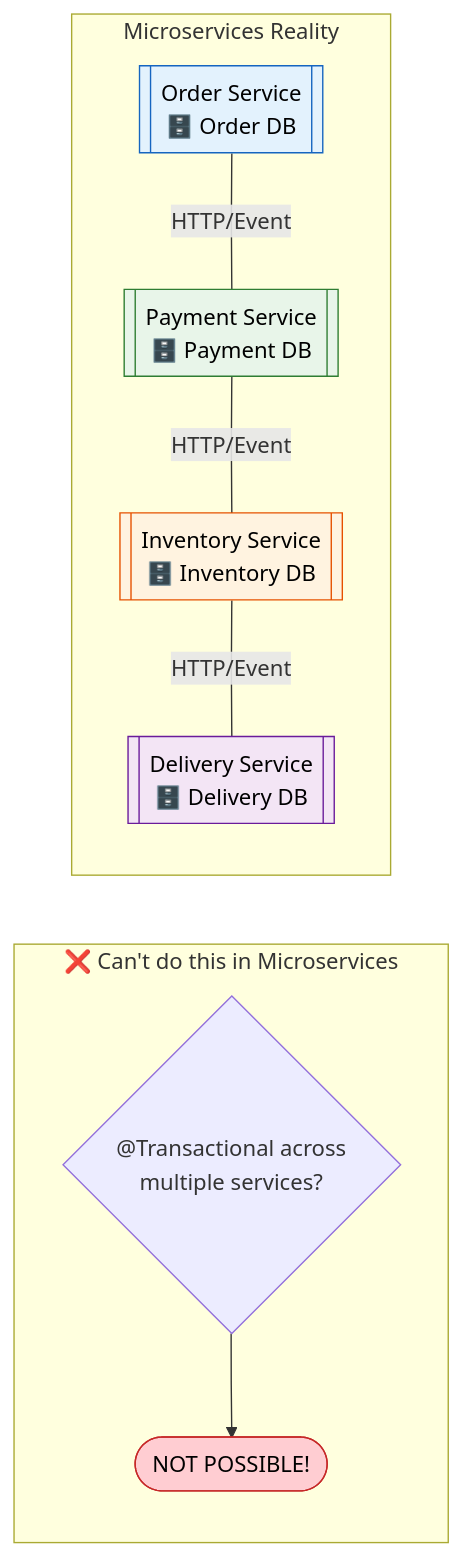
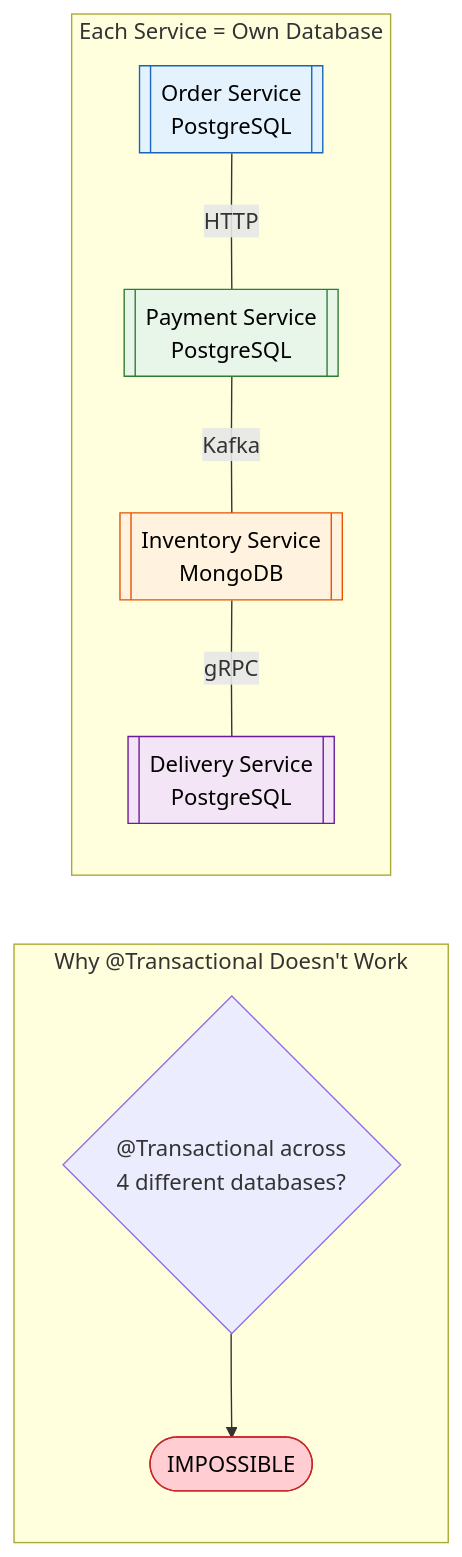
The second of 7 diagrams in docs/microservices/SagaDesignPattern.md (saivamsikaruturi/vamsilabs-dev-notes-main), drawn with Mermaid before and after one commit. The commit also changed other lines of this file and 21 other files, not shown here.

````diff
--- a/docs/microservices/SagaDesignPattern.md
+++ b/docs/microservices/SagaDesignPattern.md
@@ -46,18 +73,18 @@
 ```mermaid
 flowchart LR
-    subgraph Problem["❌ Can't do this in Microservices"]
-        T{"@Transactional across<br/>multiple services?"} --> X(["NOT POSSIBLE!"])
+    subgraph Problem["Why @Transactional Doesn't Work"]
+        T{"@Transactional across<br/>4 different databases?"} --> X(["IMPOSSIBLE"])
     end
     
-    subgraph MS["Microservices Reality"]
-        O[["Order Service<br/>🗄️ Order DB"]] ---|HTTP/Event| P[["Payment Service<br/>🗄️ Payment DB"]]
-        P ---|HTTP/Event| I[["Inventory Service<br/>🗄️ Inventory DB"]]
-        I ---|HTTP/Event| D[["Delivery Service<br/>🗄️ Delivery DB"]]
+    subgraph Reality["Each Service = Own Database"]
+        O[["Order Service<br/>PostgreSQL"]] ---|HTTP| P[["Payment Service<br/>PostgreSQL"]]
+        P ---|Kafka| I[["Inventory Service<br/>MongoDB"]]
+        I ---|gRPC| D[["Delivery Service<br/>PostgreSQL"]]
     end
 
     style X fill:#FFCDD2,stroke:#C62828,color:#000
     style O fill:#E3F2FD,stroke:#1565C0,color:#000
     style P fill:#E8F5E9,stroke:#2E7D32,color:#000
     style I fill:#FFF3E0,stroke:#E65100,color:#000
     style D fill:#F3E5F5,stroke:#6A1B9A,color:#000
 ```
````
